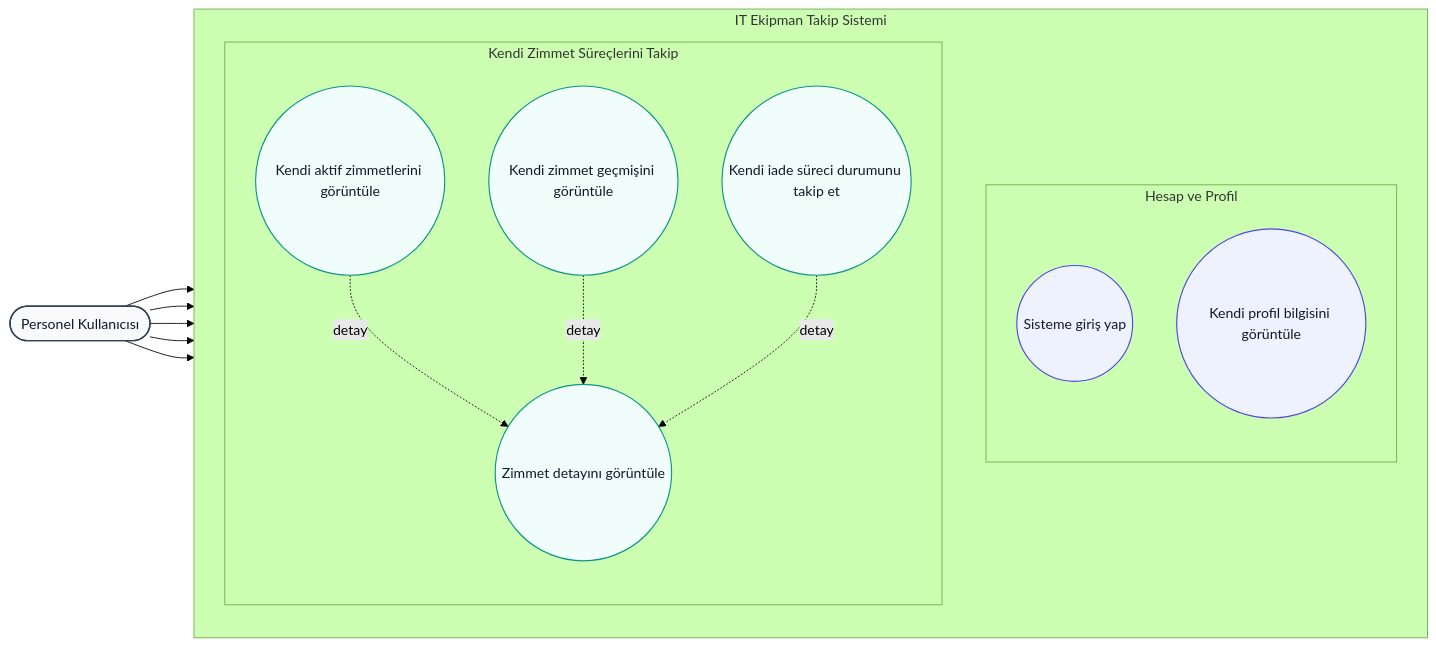
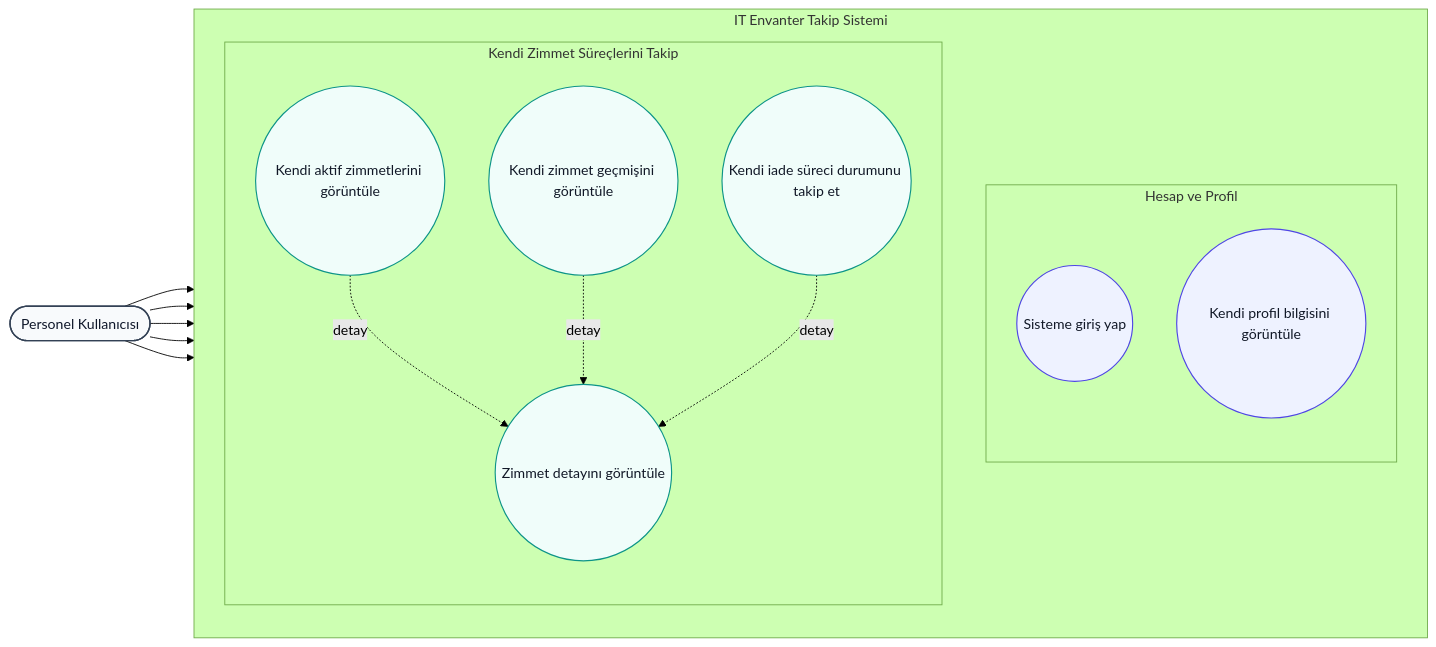
One commit to fatihdmrc/ITEnvanterTakibiMikroservisProjesi changed the diagram in dokümanlar/diyagram kodları/Kullanım Senaryoları/use-case-personel-kullanicisi.mmd. Above: the diagram before and after it, drawn with Mermaid (forest theme). The commit also changed 18 other files, not shown here.

```diff
--- a/dokümanlar/diyagram kodları/Kullanım Senaryoları/use-case-personel-kullanicisi.mmd
+++ b/dokümanlar/diyagram kodları/Kullanım Senaryoları/use-case-personel-kullanicisi.mmd
@@ -1,40 +1,40 @@
 flowchart LR
     %% Personel Kullanıcısı aktörü için use-case diyagramı
 
     Personel([Personel Kullanıcısı])
 
-    subgraph Sistem["IT Ekipman Takip Sistemi"]
+    subgraph Sistem["IT Envanter Takip Sistemi"]
         direction TB
 
         subgraph Hesap["Hesap ve Profil"]
             direction TB
             UC_Giris(("Sisteme giriş yap"))
             UC_Profil(("Kendi profil bilgisini görüntüle"))
         end
 
         subgraph ZimmetTakip["Kendi Zimmet Süreçlerini Takip"]
             direction TB
             UC_Aktif(("Kendi aktif zimmetlerini görüntüle"))
             UC_Gecmis(("Kendi zimmet geçmişini görüntüle"))
             UC_IadeDurum(("Kendi iade süreci durumunu takip et"))
             UC_Detay(("Zimmet detayını görüntüle"))
         end
     end
 
     Personel --> UC_Giris
     Personel --> UC_Profil
     Personel --> UC_Aktif
     Personel --> UC_Gecmis
     Personel --> UC_IadeDurum
 
     UC_Aktif -. "detay" .-> UC_Detay
     UC_Gecmis -. "detay" .-> UC_Detay
     UC_IadeDurum -. "detay" .-> UC_Detay
 
     classDef actor fill:#f8fafc,stroke:#334155,stroke-width:1.6px,color:#0f172a;
     classDef account fill:#eef2ff,stroke:#4f46e5,stroke-width:1.3px,color:#111827;
     classDef self fill:#f0fdfa,stroke:#0d9488,stroke-width:1.3px,color:#111827;
 
     class Personel actor;
     class UC_Giris,UC_Profil account;
     class UC_Aktif,UC_Gecmis,UC_IadeDurum,UC_Detay self;
```
